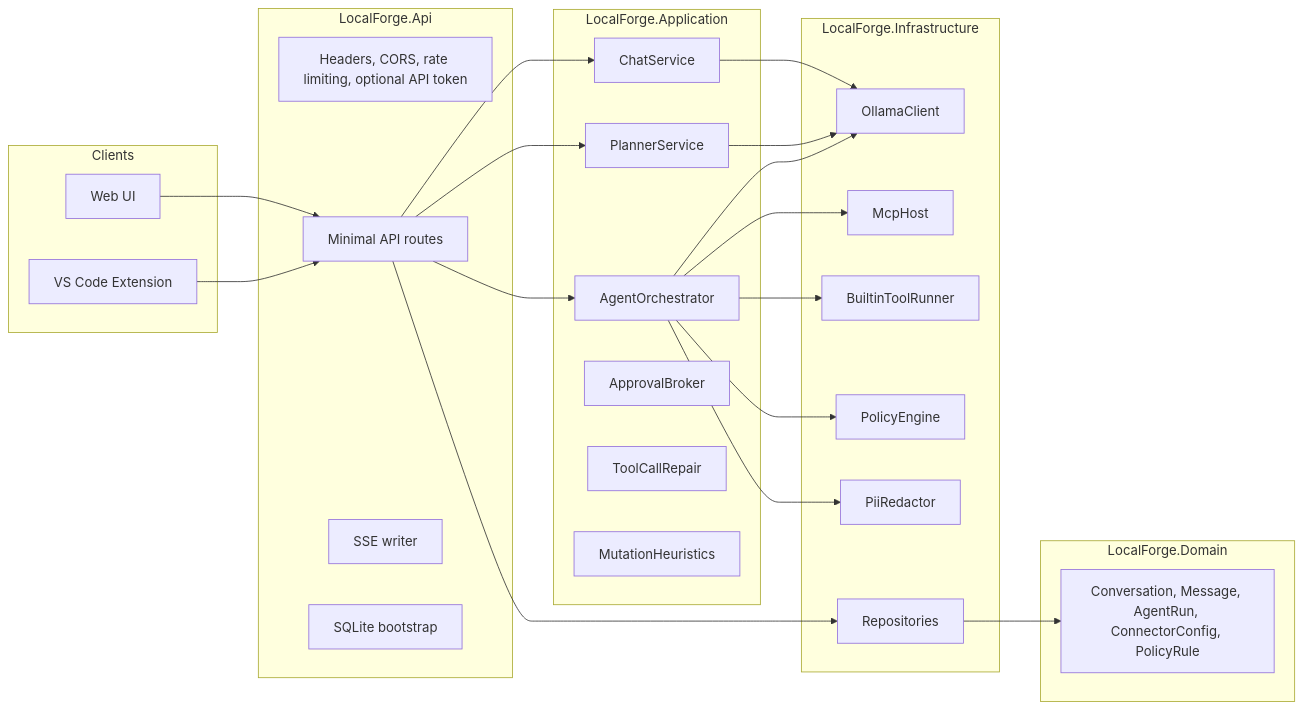
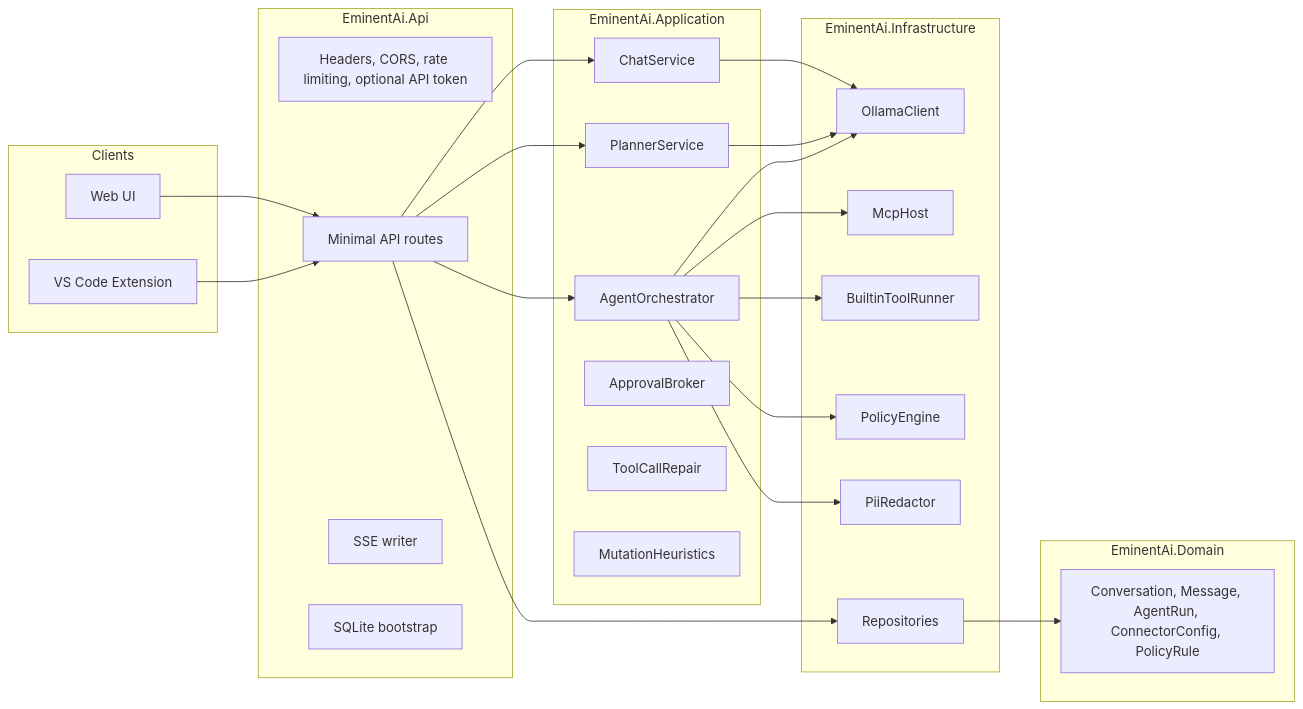
One commit to ekanatha-urivakili/EminentAiAgent changed the second of 16 diagrams in docs/AIAGENT_ARCHITECTURE.md. Above: the diagram before and after it, drawn with Mermaid. The commit also changed other lines of this file and 345 other files, not shown here.

````diff
--- a/docs/AIAGENT_ARCHITECTURE.md
+++ b/docs/AIAGENT_ARCHITECTURE.md
@@ -78,51 +78,51 @@
 ```mermaid
 flowchart LR
     subgraph Clients
         WebUI[Web UI]
         CodeExt[VS Code Extension]
     end
 
-    subgraph ApiHost[LocalForge.Api]
+    subgraph ApiHost[EminentAi.Api]
         Middleware[Headers, CORS, rate limiting, optional API token]
         Routes[Minimal API routes]
         Sse[SSE writer]
         Bootstrap[SQLite bootstrap]
     end
 
-    subgraph Application[LocalForge.Application]
+    subgraph Application[EminentAi.Application]
         ChatService[ChatService]
         Planner[PlannerService]
         Agent[AgentOrchestrator]
         Approval[ApprovalBroker]
         Repair[ToolCallRepair]
         Mutations[MutationHeuristics]
     end
 
-    subgraph Infrastructure[LocalForge.Infrastructure]
+    subgraph Infrastructure[EminentAi.Infrastructure]
         OllamaClient[OllamaClient]
         McpHost[McpHost]
         Builtins[BuiltinToolRunner]
         Policy[PolicyEngine]
         Redactor[PiiRedactor]
         Repos[Repositories]
     end
 
-    subgraph Domain[LocalForge.Domain]
+    subgraph Domain[EminentAi.Domain]
         Entities[Conversation, Message, AgentRun, ConnectorConfig, PolicyRule]
     end
 
     WebUI --> Routes
     CodeExt --> Routes
     Routes --> ChatService
     Routes --> Planner
     Routes --> Agent
     Routes --> Repos
     ChatService --> OllamaClient
     Planner --> OllamaClient
     Agent --> OllamaClient
     Agent --> Builtins
     Agent --> McpHost
     Agent --> Policy
     Agent --> Redactor
     Repos --> Entities
 ```
````
